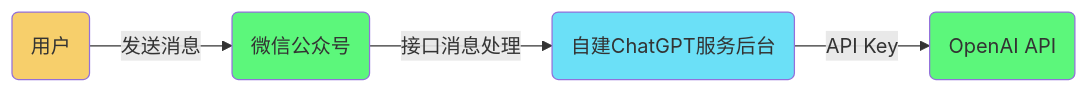
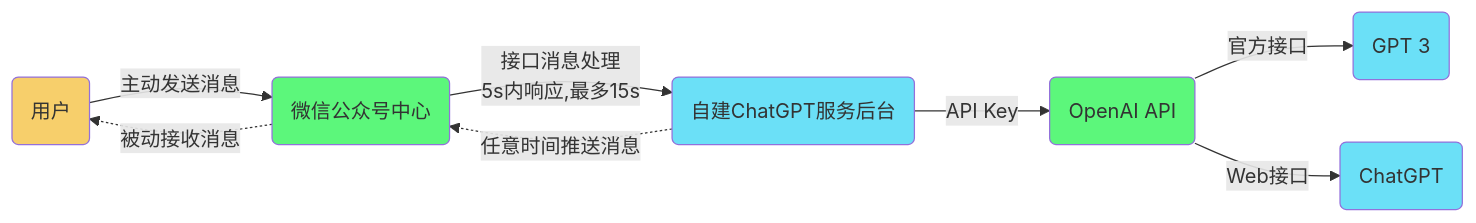
The second of 2 diagrams in _posts/2019-12-14-gpt.md (Gaohaoyang/gaohaoyang.github.io), drawn with Mermaid before and after one commit. The commit also changed other lines of this file, not shown here.

Commit message:
更新图

```diff
--- a/_posts/2019-12-14-gpt.md
+++ b/_posts/2019-12-14-gpt.md
@@ -3162,13 +3165,17 @@
 <div class="mermaid">
     flowchart LR
     %% 节点颜色
     classDef red fill:#f02;
     classDef green fill:#5CF77B;
     classDef blue fill:#6BE0F7;
     classDef orange fill:#F7CF6B;
     classDef grass fill:#C8D64B;
     %%节点关系定义
-    U(用户):::orange-->|发送消息|W(微信公众号):::green
-    W-->|接口消息处理|C(自建ChatGPT服务后台):::blue
+    U(用户):::orange-->|主动发送消息|W(微信公众号中心):::green
+    W-->|接口消息处理\n5s内响应,最多15s|C(自建ChatGPT服务后台):::blue
     C-->|API Key|O(OpenAI API):::green
+    O-->|官方接口|O1(GPT 3):::blue
+    O-->|Web接口|O2(ChatGPT):::blue
+    C-.->|任意时间推送消息|W
+    W-.->|被动接收消息|U
 </div>
```
